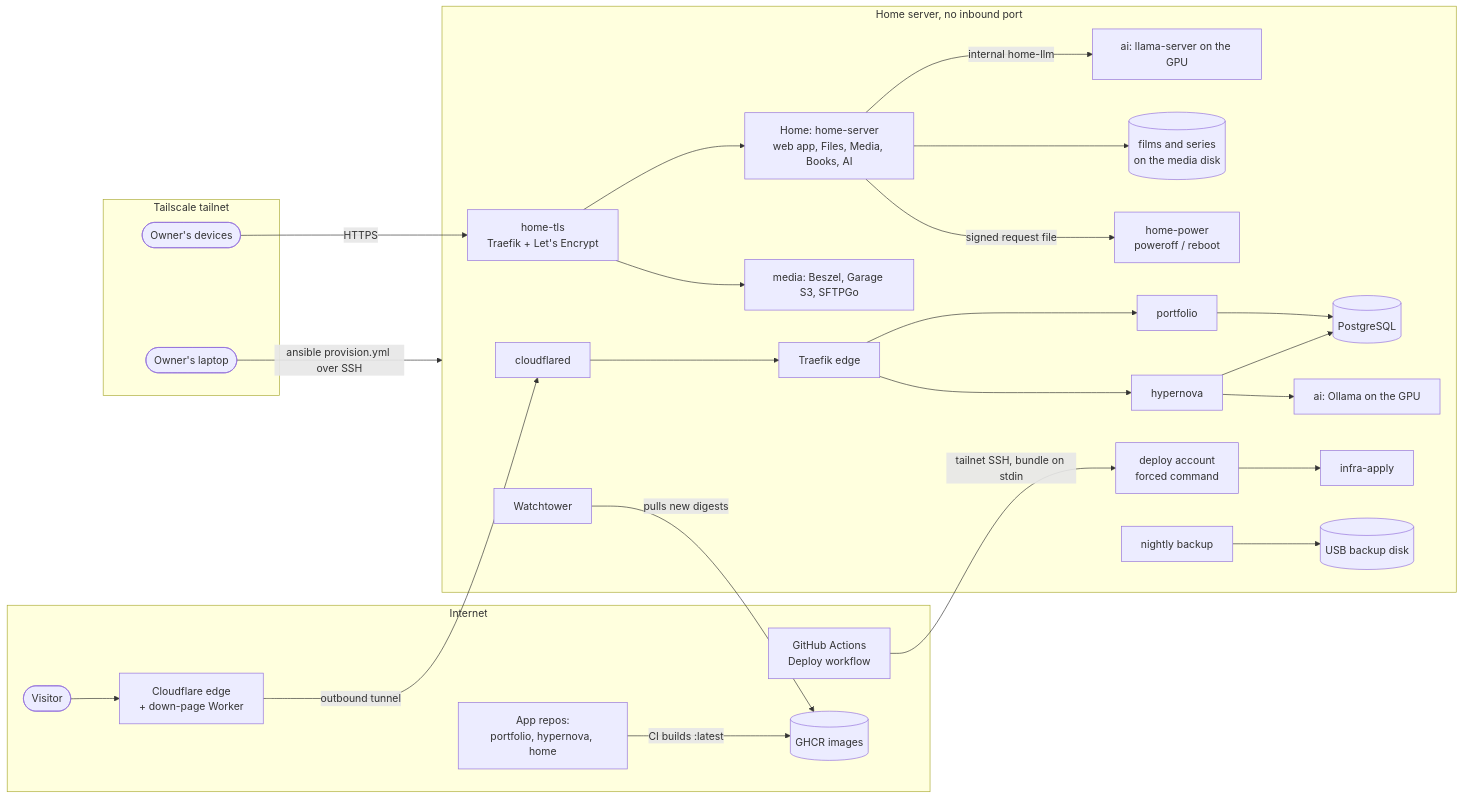
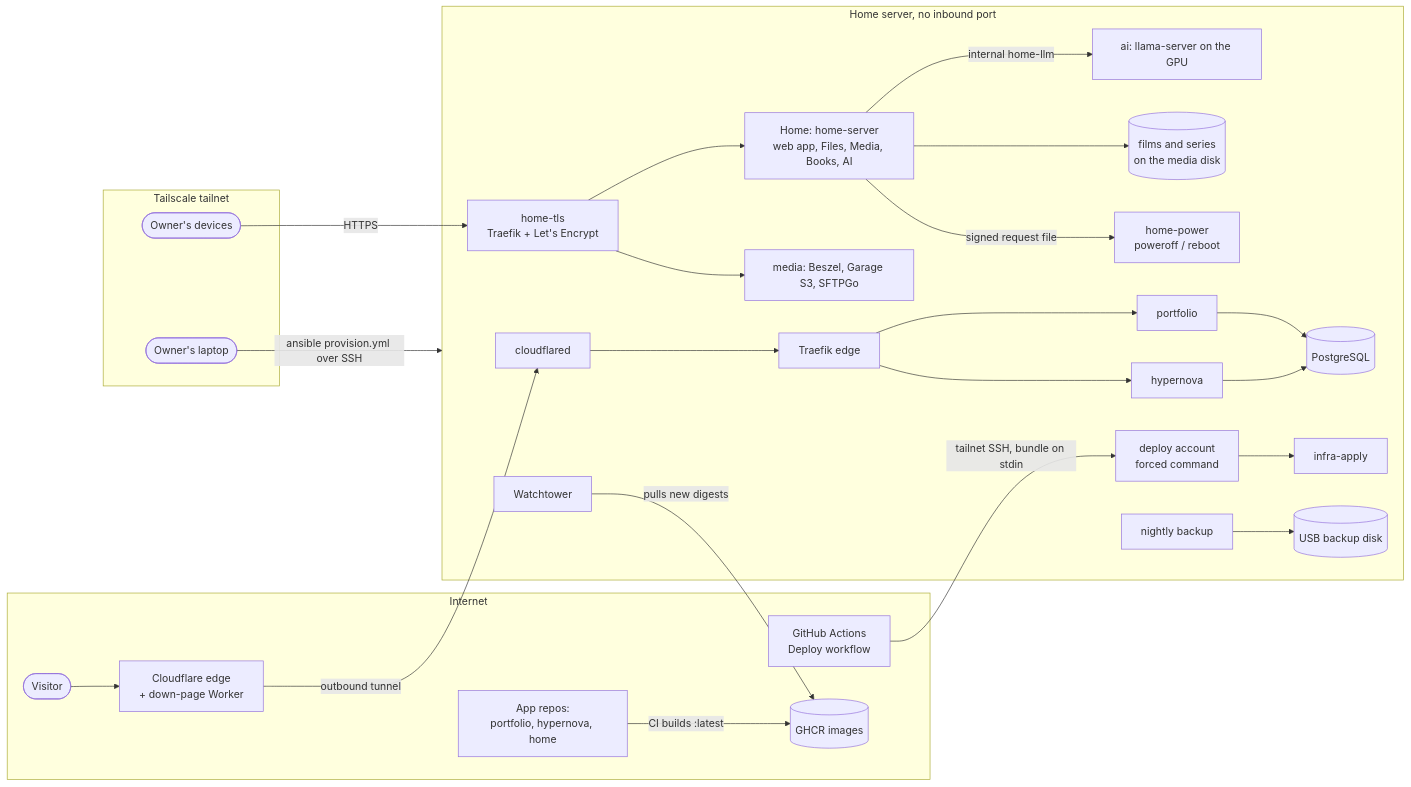
Before and after one commit to somethim-home/infrastructure: the diagram in README.md, drawn with Mermaid. The commit also changed other lines of this file and 27 other files, not shown here.

Commit message:
refactor(ai): remove Ollama and keep llama-server as the only AI engine, with hypernova's AI off

````diff
--- a/README.md
+++ b/README.md
@@ -16,37 +16,36 @@
 ```mermaid
 flowchart LR
   subgraph internet[Internet]
     visitor([Visitor])
     cf[Cloudflare edge<br/>+ down-page Worker]
     gh[GitHub Actions<br/>Deploy workflow]
     ghcr[(GHCR images)]
     apps[App repos:<br/>portfolio, hypernova, home]
   end
   subgraph tailnet[Tailscale tailnet]
     owner([Owner's devices])
     laptop([Owner's laptop])
   end
   subgraph host[Home server, no inbound port]
     cfd[cloudflared] --> traefik[Traefik edge]
     traefik --> portfolio[portfolio]
     traefik --> hypernova[hypernova]
     portfolio --> pg[(PostgreSQL)]
     hypernova --> pg
-    hypernova --> ollama[ai: Ollama on the GPU]
     hometls[home-tls<br/>Traefik + Let's Encrypt] --> home[Home: home-server<br/>web app, Files, Media, Books, AI]
     home -- internal home-llm --> llama[ai: llama-server on the GPU]
     home --> library[(films and series<br/>on the media disk)]
     hometls --> media[media: Beszel, Garage S3, SFTPGo]
     wt[Watchtower]
     gate[deploy account<br/>forced command] --> apply[infra-apply]
     home -- signed request file --> power[home-power<br/>poweroff / reboot]
     backup[nightly backup] --> usb[(USB backup disk)]
   end
   visitor --> cf
   cf -- outbound tunnel --> cfd
   owner -- HTTPS --> hometls
   laptop -- ansible provision.yml over SSH --> host
   gh -- tailnet SSH, bundle on stdin --> gate
   apps -- CI builds :latest --> ghcr
   wt -- pulls new digests --> ghcr
 ```
````
